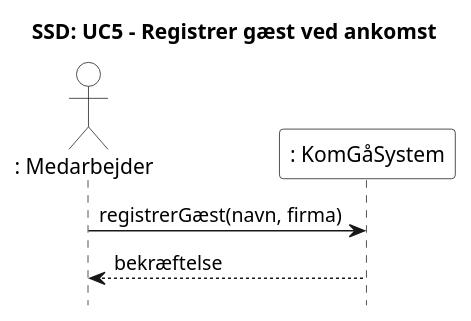
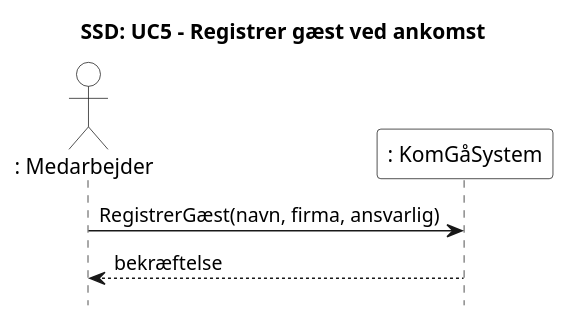
The diagram in Artifacts/SSD/ssd-uc5-registrer-gaest-ankomst.puml (albla20/HydacTeamA4), drawn with PlantUML before and after one commit. The commit also changed 6 other files, not shown here.

```diff
--- a/Artifacts/SSD/ssd-uc5-registrer-gaest-ankomst.puml
+++ b/Artifacts/SSD/ssd-uc5-registrer-gaest-ankomst.puml
@@ -1,13 +1,13 @@
 @startuml UC5
 title SSD: UC5 - Registrer gæst ved ankomst
 hide footbox
 skinparam sequenceMessageAlign left
 skinparam responseMessageBelowArrow true
 
 actor ": Medarbejder" as med #White
 participant ": KomGåSystem" as sys #White
 
-med -> sys : registrerGæst(navn, firma)
+med -> sys : RegistrerGæst(navn, firma, ansvarlig)
 sys --> med : bekræftelse
 
 @enduml
```
